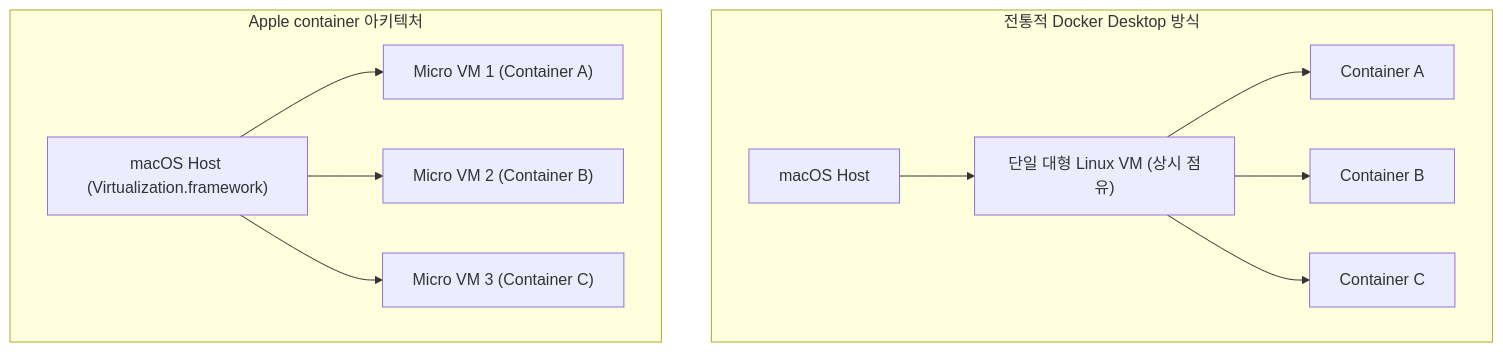
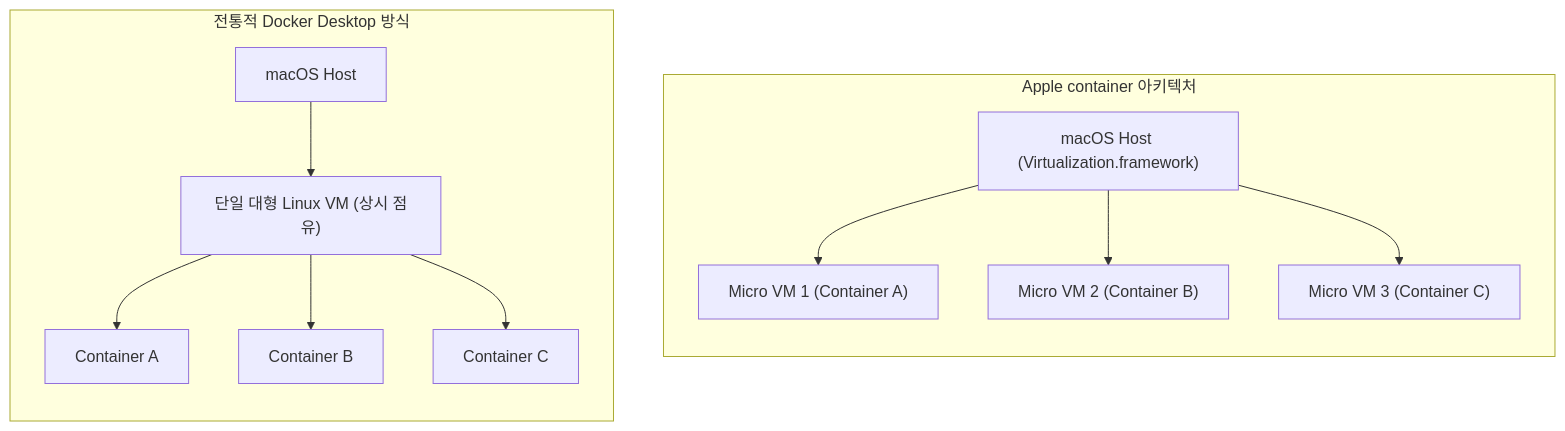
One commit to yeondububub/blog changed the diagram in development/[20260716]_[Apple의 container 도구 활용 가이드]_[Container]_[container.png]_[Apple의 container의 특징과 설치 및 사용법]_[].md. Above: the diagram before and after it, drawn with Mermaid. The commit also changed other lines of this file and 7 other files, not shown here.

Commit message:
mermaid배경을 흰색으로 고정

````diff
--- a/development/[20260716]_[Apple의 container 도구 활용 가이드]_[Container]_[container.png]_[Apple의 container의 특징과 설치 및 사용법]_[].md
+++ b/development/[20260716]_[Apple의 container 도구 활용 가이드]_[Container]_[container.png]_[Apple의 container의 특징과 설치 및 사용법]_[].md
@@ -15,16 +15,20 @@
 ```mermaid
-flowchart TD
+flowchart LR
     subgraph Traditional ["전통적 Docker Desktop 방식"]
+        direction TB
         M1["macOS Host"] --> VM1["단일 대형 Linux VM (상시 점유)"]
         VM1 --> C1["Container A"]
         VM1 --> C2["Container B"]
         VM1 --> C3["Container C"]
     end
 
     subgraph Apple_Container ["Apple container 아키텍처"]
+        direction TB
         M2["macOS Host (Virtualization.framework)"]
         M2 --> DVM1["Micro VM 1 (Container A)"]
         M2 --> DVM2["Micro VM 2 (Container B)"]
         M2 --> DVM3["Micro VM 3 (Container C)"]
     end
+
+    Traditional ~~~ Apple_Container
 ```
````
